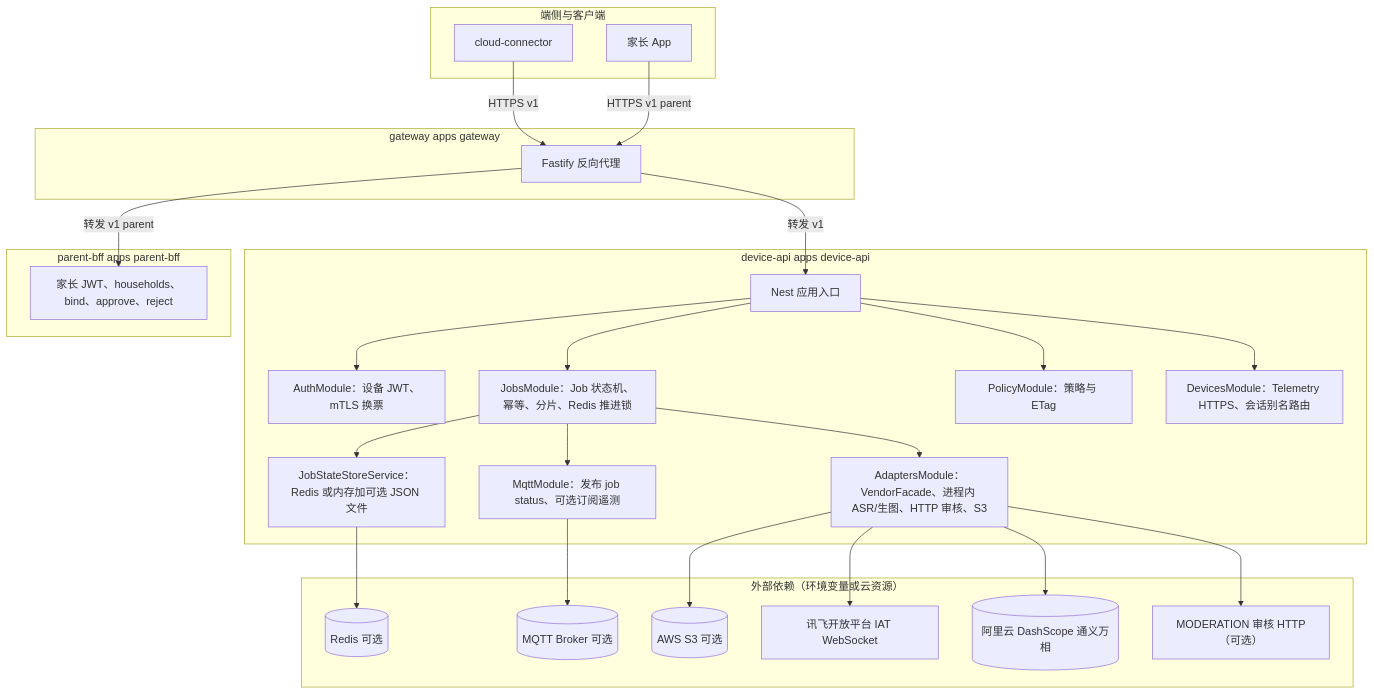
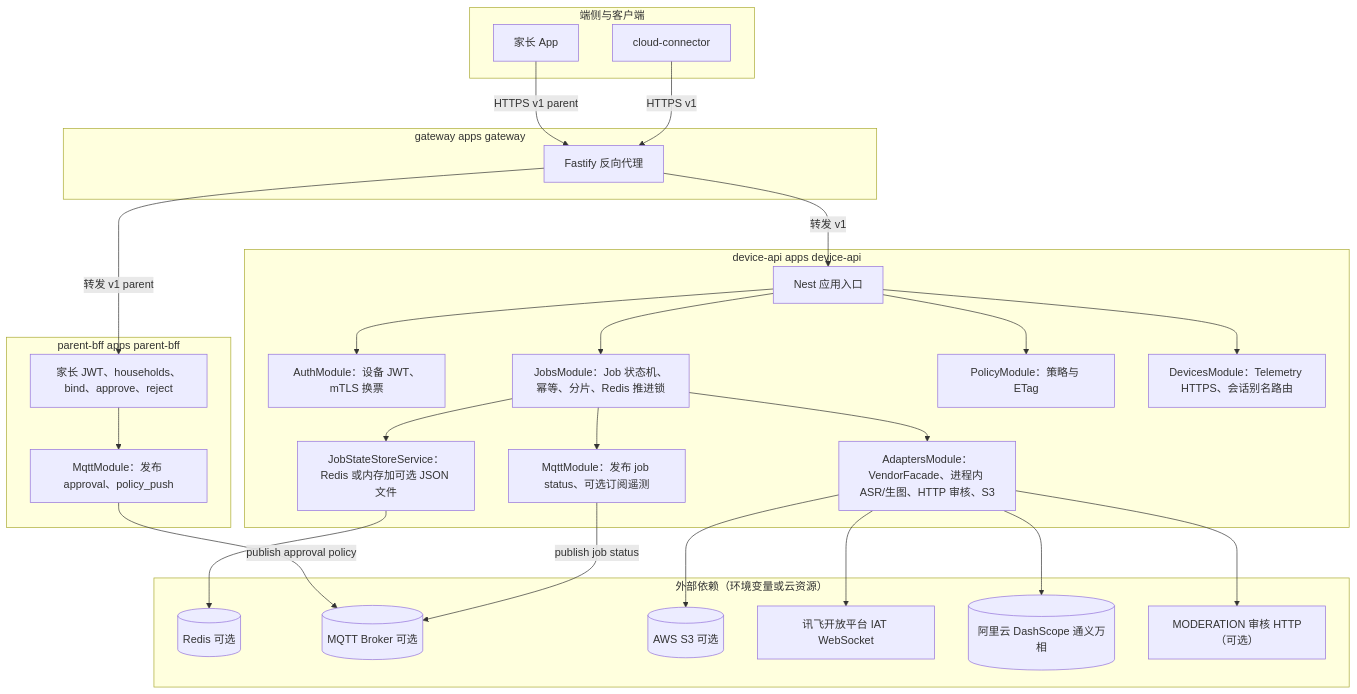
The second of 3 diagrams in doc/4. 服务器端设计.md (ivanzwb/fancy-print), drawn with Mermaid before and after one commit. The commit also changed other lines of this file and 8 other files, not shown here.

````diff
--- a/doc/4. 服务器端设计.md
+++ b/doc/4. 服务器端设计.md
@@ -106,53 +106,56 @@
 ```mermaid
 flowchart TB
   subgraph edge_side["端侧与客户端"]
     CC["cloud-connector"]
     PApp["家长 App"]
   end
 
   subgraph gw["gateway apps gateway"]
     GW["Fastify 反向代理"]
   end
 
   subgraph dapi["device-api apps device-api"]
     DAPI["Nest 应用入口"]
     AM["AuthModule：设备 JWT、mTLS 换票"]
     JM["JobsModule：Job 状态机、幂等、分片、Redis 推进锁"]
     PM["PolicyModule：策略与 ETag"]
     DM["DevicesModule：Telemetry HTTPS、会话别名路由"]
     AD["AdaptersModule：VendorFacade、进程内 ASR/生图、HTTP 审核、S3"]
     MQ["MqttModule：发布 job status、可选订阅遥测"]
     ST["JobStateStoreService：Redis 或内存加可选 JSON 文件"]
     DAPI --> AM
     DAPI --> JM
     DAPI --> PM
     DAPI --> DM
     JM --> ST
     JM --> AD
     JM --> MQ
   end
 
   subgraph pbff["parent-bff apps parent-bff"]
     PH["家长 JWT、households、bind、approve、reject"]
+    PMQ["MqttModule：发布 approval、policy_push"]
+    PH --> PMQ
   end
 
   subgraph ext["外部依赖（环境变量或云资源）"]
     R[("Redis 可选")]
     BR[("MQTT Broker 可选")]
     S3[("AWS S3 可选")]
     XFY["讯飞开放平台 IAT WebSocket"]
     DS[("阿里云 DashScope 通义万相")]
     VH["MODERATION 审核 HTTP（可选）"]
   end
 
   CC -->|"HTTPS v1"| GW
   PApp -->|"HTTPS v1 parent"| GW
   GW -->|"转发 v1 parent"| PH
   GW -->|"转发 v1"| DAPI
   ST --> R
-  MQ --> BR
+  MQ -->|"publish job status"| BR
+  PMQ -->|"publish approval policy"| BR
   AD --> S3
   AD --> XFY
   AD --> DS
   AD --> VH
 ```
````
